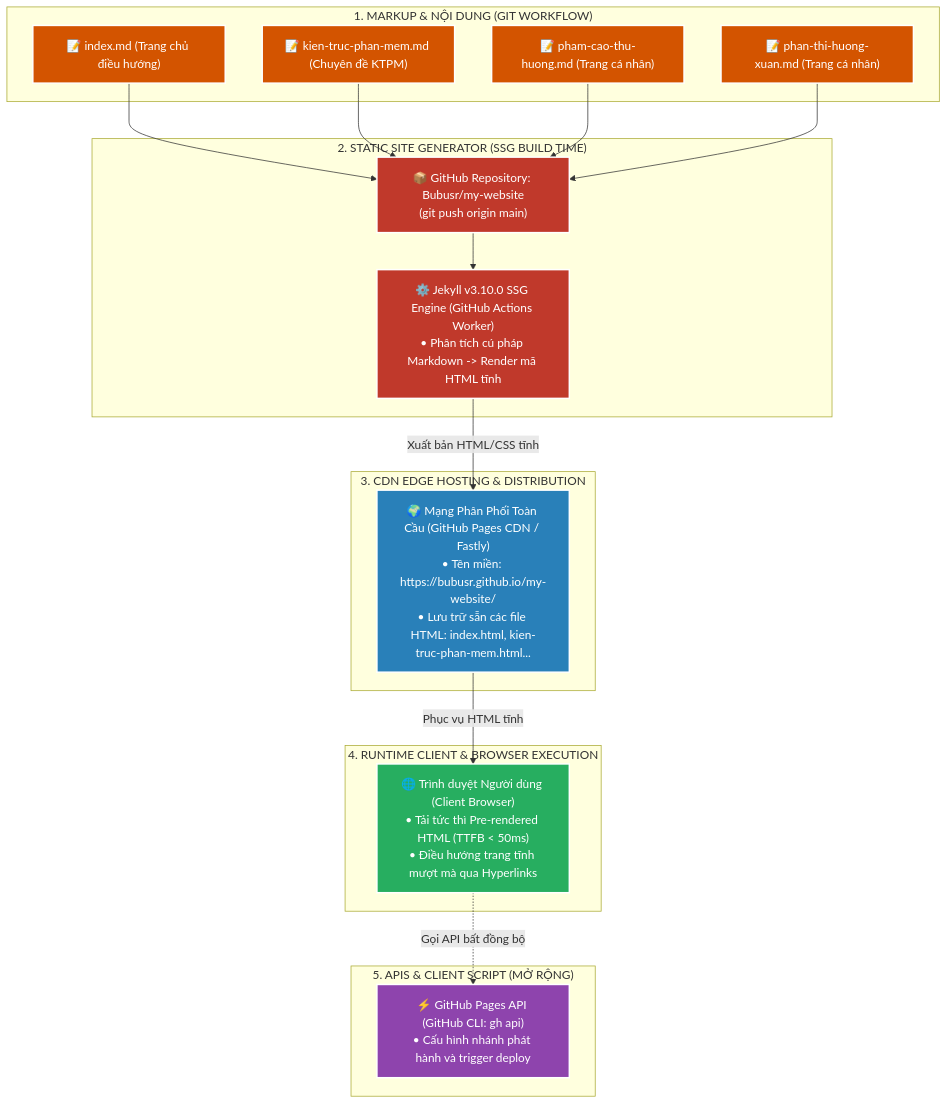
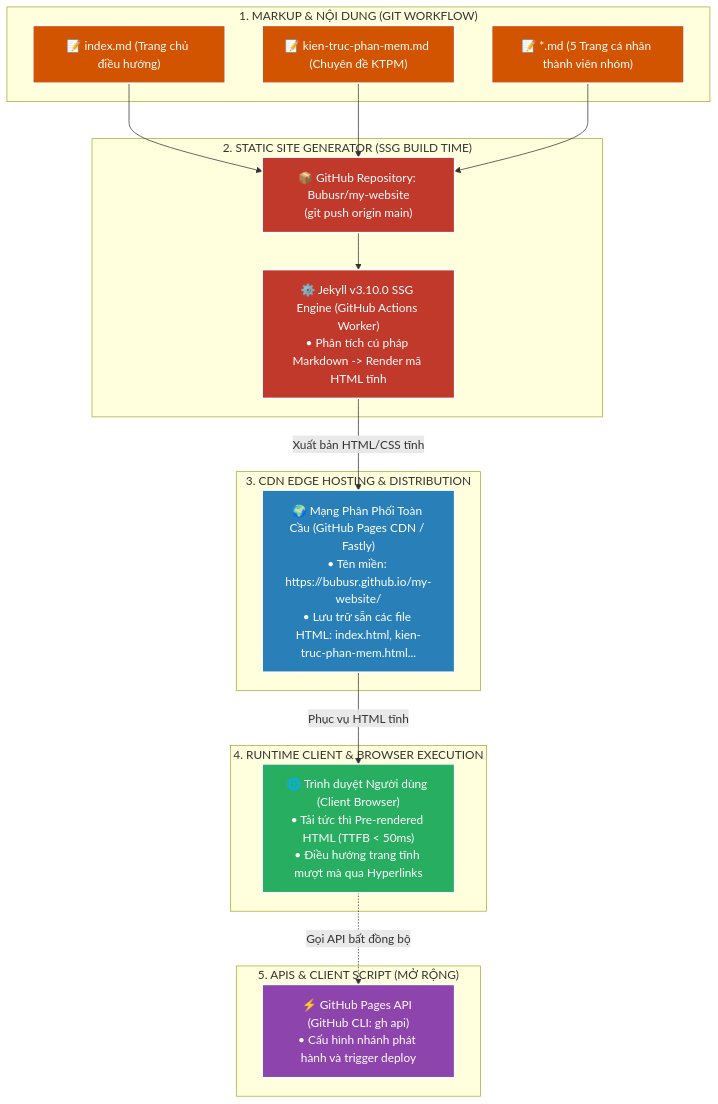
The diagram in refine8.md (Bubusr/FULL_KTPM), drawn with Mermaid before and after one commit. The commit also changed other lines of this file and 21 other files, not shown here.

````diff
--- a/refine8.md
+++ b/refine8.md
@@ -73,41 +67,39 @@
 ```mermaid
 graph TD
     classDef markupStyle fill:#d35400,stroke:#fff,stroke-width:2px,color:#fff;
     classDef ssgStyle fill:#c0392b,stroke:#fff,stroke-width:2px,color:#fff;
     classDef cdnStyle fill:#2980b9,stroke:#fff,stroke-width:2px,color:#fff;
     classDef clientStyle fill:#27ae60,stroke:#fff,stroke-width:2px,color:#fff;
     classDef apiStyle fill:#8e44ad,stroke:#fff,stroke-width:2px,color:#fff;
 
     subgraph PHASE1["1. MARKUP & NỘI DUNG (GIT WORKFLOW)"]
         IndexMD["📝 index.md (Trang chủ điều hướng)"]:::markupStyle
         PageKTPM["📝 kien-truc-phan-mem.md (Chuyên đề KTPM)"]:::markupStyle
-        PageHuong["📝 pham-cao-thu-huong.md (Trang cá nhân)"]:::markupStyle
-        PageXuan["📝 phan-thi-huong-xuan.md (Trang cá nhân)"]:::markupStyle
+        PageMembers["📝 *.md (5 Trang cá nhân thành viên nhóm)"]:::markupStyle
     end
 
     subgraph PHASE2["2. STATIC SITE GENERATOR (SSG BUILD TIME)"]
         GitRepo["📦 GitHub Repository: Bubusr/my-website<br>(git push origin main)"]:::ssgStyle
         JekyllEngine["⚙️ Jekyll v3.10.0 SSG Engine (GitHub Actions Worker)<br>• Phân tích cú pháp Markdown -> Render mã HTML tĩnh"]:::ssgStyle
         
         IndexMD --> GitRepo
         PageKTPM --> GitRepo
-        PageHuong --> GitRepo
-        PageXuan --> GitRepo
+        PageMembers --> GitRepo
         GitRepo --> JekyllEngine
     end
 
     subgraph PHASE3["3. CDN EDGE HOSTING & DISTRIBUTION"]
         GitHubCDN["🌍 Mạng Phân Phối Toàn Cầu (GitHub Pages CDN / Fastly)<br>• Tên miền: https://bubusr.github.io/my-website/<br>• Lưu trữ sẵn các file HTML: index.html, kien-truc-phan-mem.html..."]:::cdnStyle
         JekyllEngine -->|Xuất bản HTML/CSS tĩnh| GitHubCDN
     end
 
     subgraph PHASE4["4. RUNTIME CLIENT & BROWSER EXECUTION"]
         Browser["🌐 Trình duyệt Người dùng (Client Browser)<br>• Tải tức thì Pre-rendered HTML (TTFB < 50ms)<br>• Điều hướng trang tĩnh mượt mà qua Hyperlinks"]:::clientStyle
         GitHubCDN -->|Phục vụ HTML tĩnh| Browser
     end
 
     subgraph PHASE5["5. APIS & CLIENT SCRIPT (MỞ RỘNG)"]
         GH_API["⚡ GitHub Pages API (GitHub CLI: gh api)<br>• Cấu hình nhánh phát hành và trigger deploy"]:::apiStyle
         Browser -.->|Gọi API bất đồng bộ| GH_API
     end
 ```
````
